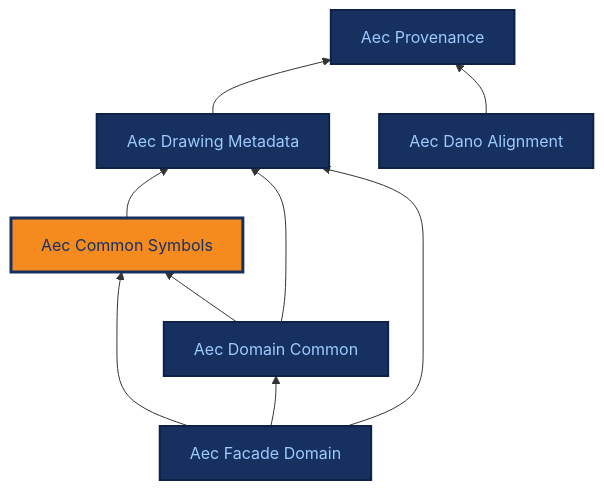
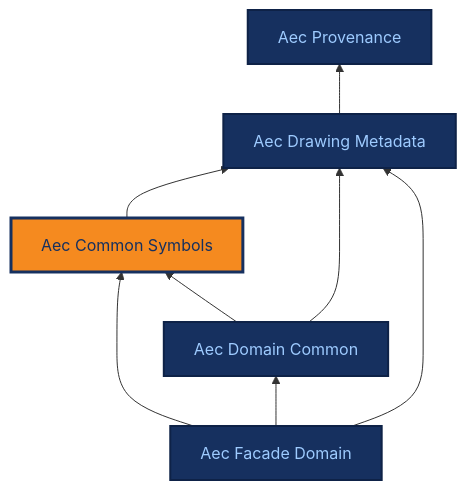
The diagram in docs/ontologies/aec_common_symbols.md (BuroHappoldMachineLearning/ADIRO), drawn with Mermaid before and after one commit. The commit also changed 23 other files, not shown here.

First line of the commit message:
feat(aec_dano_alignment)!: remove the DAnO compatibility layer; keep the comparison as documentation only

````diff
--- a/docs/ontologies/aec_common_symbols.md
+++ b/docs/ontologies/aec_common_symbols.md
@@ -17,28 +17,25 @@
 ```mermaid
 %%{init: {"themeCSS": ".base .nodeLabel,.base .nodeLabel p,.base text,.base tspan{fill:#9ecbff !important;color:#9ecbff !important}.current .nodeLabel,.current .nodeLabel p,.current text,.current tspan{fill:#16305f !important;color:#16305f !important}"} }%%
 graph BT
     aec_provenance["Aec Provenance"]
     aec_drawing_metadata["Aec Drawing Metadata"]
     aec_common_symbols["Aec Common Symbols"]
     aec_domain_common["Aec Domain Common"]
     aec_facade_domain["Aec Facade Domain"]
-    aec_dano_alignment["Aec Dano Alignment"]
     aec_drawing_metadata --> aec_provenance
     aec_common_symbols --> aec_drawing_metadata
     aec_domain_common --> aec_common_symbols
     aec_domain_common --> aec_drawing_metadata
     aec_facade_domain --> aec_common_symbols
     aec_facade_domain --> aec_domain_common
     aec_facade_domain --> aec_drawing_metadata
-    aec_dano_alignment --> aec_provenance
     click aec_provenance "../aec_provenance/" "Aec Provenance reference page"
     click aec_drawing_metadata "../aec_drawing_metadata/" "Aec Drawing Metadata reference page"
     click aec_common_symbols "../aec_common_symbols/" "Aec Common Symbols reference page"
     click aec_domain_common "../aec_domain_common/" "Aec Domain Common reference page"
     click aec_facade_domain "../aec_facade_domain/" "Aec Facade Domain reference page"
-    click aec_dano_alignment "../aec_dano_alignment/" "Aec Dano Alignment reference page"
     classDef base fill:#16305f,stroke:#0e2247,stroke-width:2px,color:#9ecbff;
-    class aec_provenance,aec_drawing_metadata,aec_domain_common,aec_facade_domain,aec_dano_alignment base;
+    class aec_provenance,aec_drawing_metadata,aec_domain_common,aec_facade_domain base;
     classDef current fill:#f58a1f,stroke:#16305f,stroke-width:3px,color:#16305f;
     class aec_common_symbols current;
 ```
````
